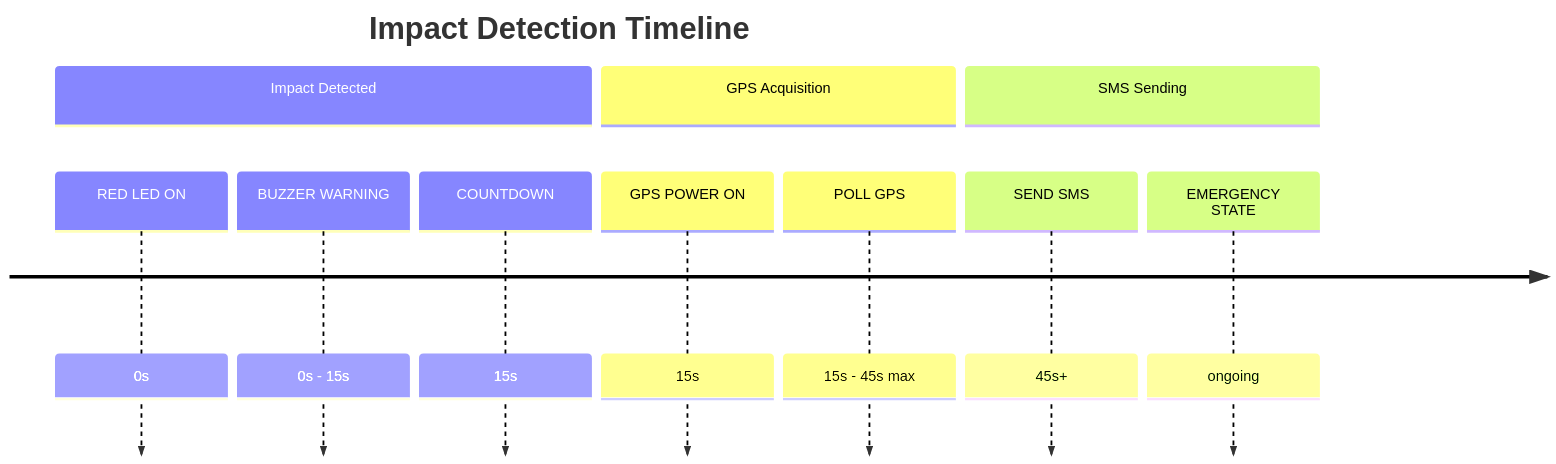
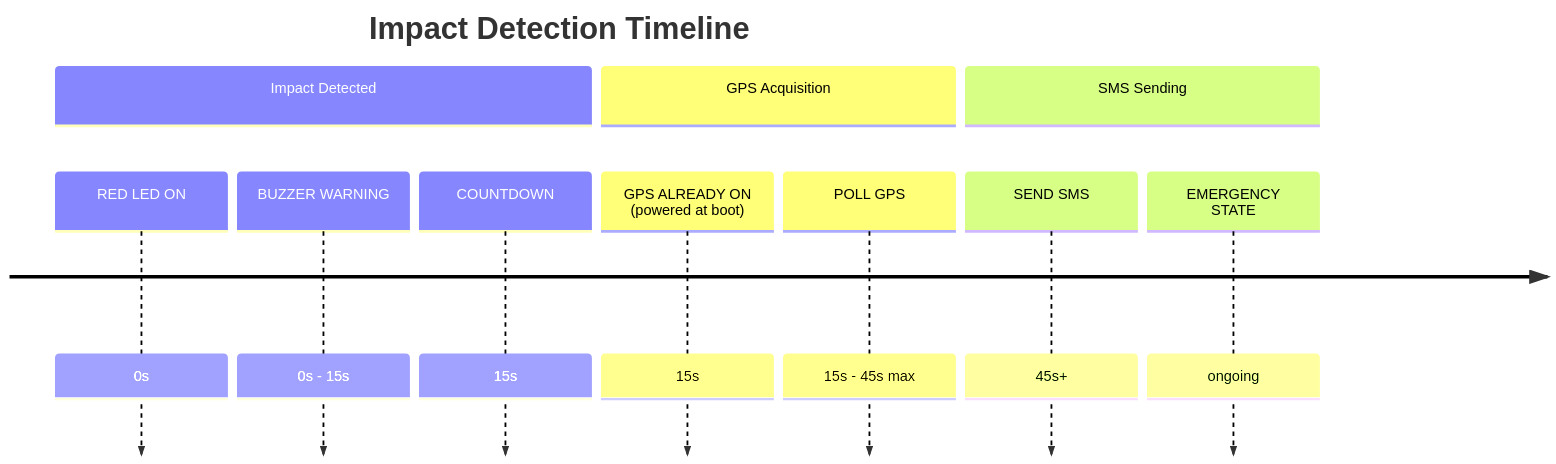
One commit to qppd/smart-vehicle-impact-detection-device changed the seventh of 7 diagrams in docs/FLOWCHART.md. Above: the diagram before and after it, drawn with Mermaid. The commit also changed other lines of this file and 10 other files, not shown here.

````diff
--- a/docs/FLOWCHART.md
+++ b/docs/FLOWCHART.md
@@ -138,14 +139,14 @@
 ```mermaid
 timeline
     title Impact Detection Timeline
     section Impact Detected
       RED LED ON : 0s
       BUZZER WARNING : 0s - 15s
       COUNTDOWN : 15s
     section GPS Acquisition
-      GPS POWER ON : 15s
+      GPS ALREADY ON (powered at boot) : 15s
       POLL GPS : 15s - 45s max
     section SMS Sending
       SEND SMS : 45s+
       EMERGENCY STATE : ongoing
 ```
````
